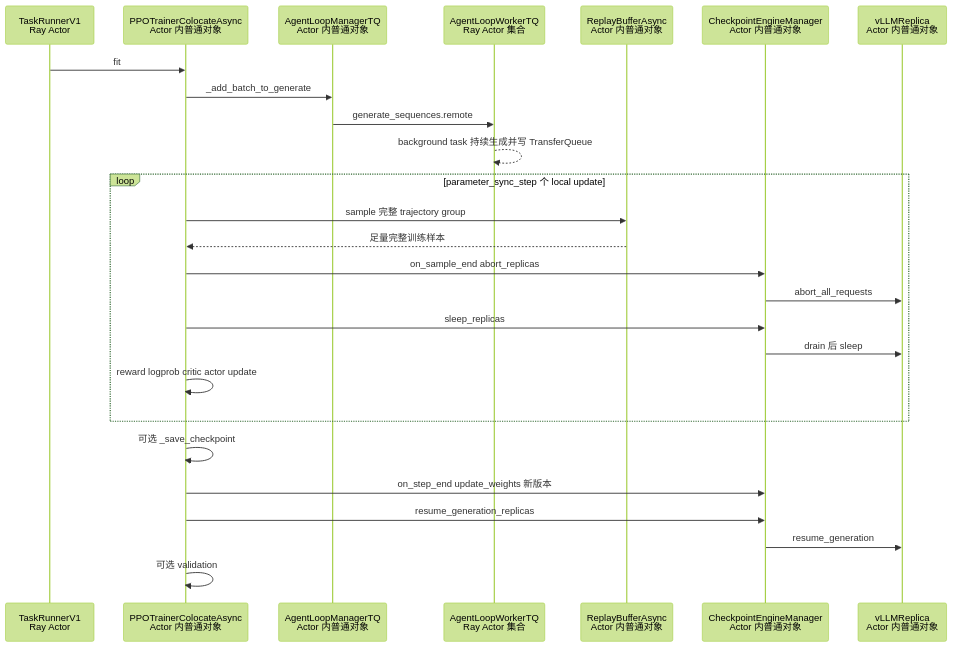
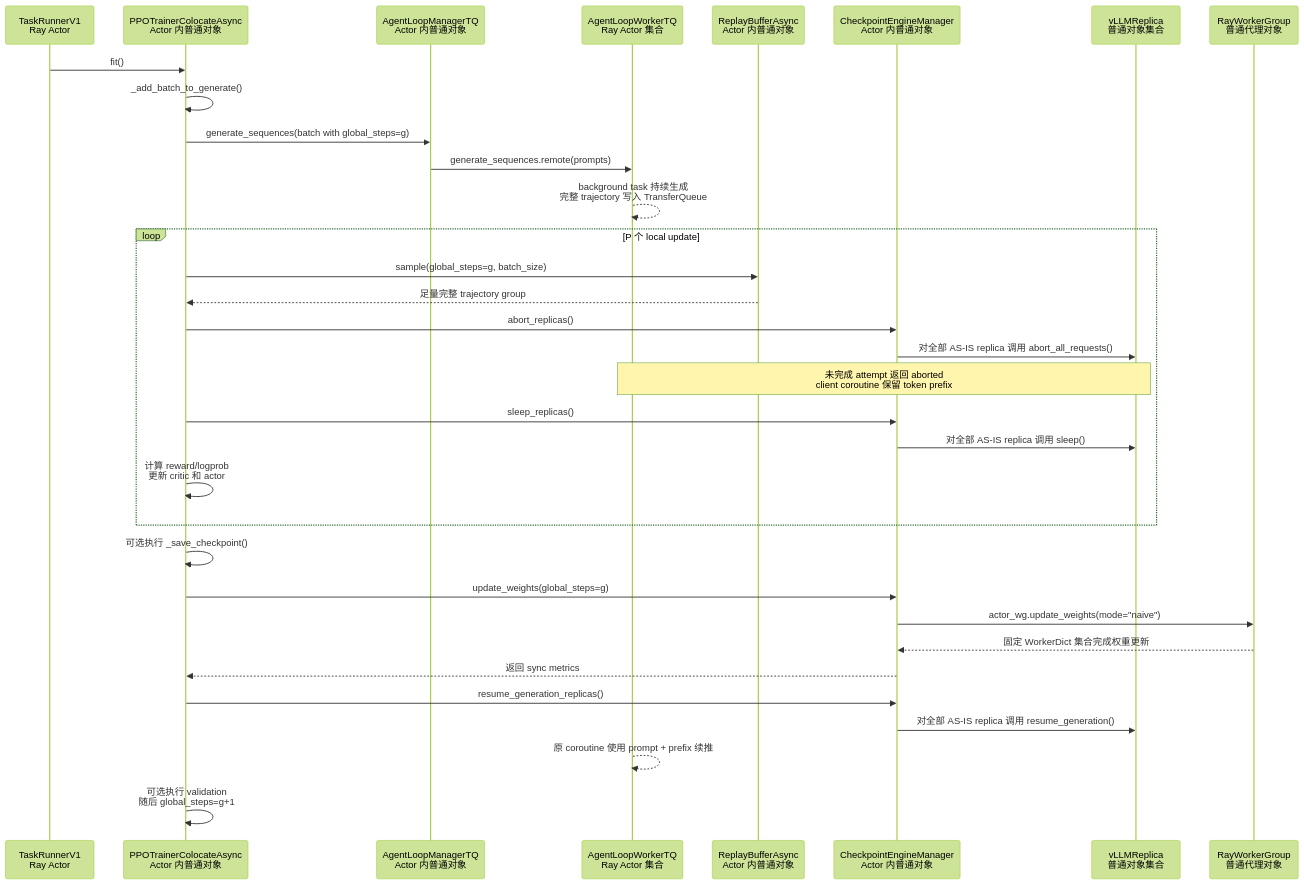
The seventh of 11 diagrams in multi_task_scheduler/references/17-verl-v0.9-dynamic-replica-scaling-timing-and-mutual-exclusion.md (niuypei/multi_task_verl), drawn with Mermaid (forest theme) before and after one commit. The commit also changed other lines of this file and 2 other files, not shown here.

Commit message:
docs: simplify standalone replica synchronization

````diff
--- a/multi_task_scheduler/references/17-verl-v0.9-dynamic-replica-scaling-timing-and-mutual-exclusion.md
+++ b/multi_task_scheduler/references/17-verl-v0.9-dynamic-replica-scaling-timing-and-mutual-exclusion.md
@@ -538,29 +951,36 @@
 ```mermaid
 sequenceDiagram
     participant TR as TaskRunnerV1<br/>Ray Actor
     participant PT as PPOTrainerColocateAsync<br/>Actor 内普通对象
     participant AM as AgentLoopManagerTQ<br/>Actor 内普通对象
     participant AW as AgentLoopWorkerTQ<br/>Ray Actor 集合
     participant RB as ReplayBufferAsync<br/>Actor 内普通对象
     participant CE as CheckpointEngineManager<br/>Actor 内普通对象
-    participant VR as vLLMReplica<br/>Actor 内普通对象
+    participant RR as vLLMReplica<br/>普通对象集合
+    participant WG as RayWorkerGroup<br/>普通代理对象
 
-    TR->>PT: fit
-    PT->>AM: _add_batch_to_generate
-    AM->>AW: generate_sequences.remote
-    AW-->>AW: background task 持续生成并写 TransferQueue
-    loop parameter_sync_step 个 local update
-        PT->>RB: sample 完整 trajectory group
-        RB-->>PT: 足量完整训练样本
-        PT->>CE: on_sample_end abort_replicas
-        CE->>VR: abort_all_requests
-        PT->>CE: sleep_replicas
-        CE->>VR: drain 后 sleep
-        PT->>PT: reward logprob critic actor update
+    TR->>PT: fit()
+    PT->>PT: _add_batch_to_generate()
+    PT->>AM: generate_sequences(batch with global_steps=g)
+    AM->>AW: generate_sequences.remote(prompts)
+    AW-->>AW: background task 持续生成<br/>完整 trajectory 写入 TransferQueue
+    loop P 个 local update
+        PT->>RB: sample(global_steps=g, batch_size)
+        RB-->>PT: 足量完整 trajectory group
+        PT->>CE: abort_replicas()
+        CE->>RR: 对全部 AS-IS replica 调用 abort_all_requests()
+        Note over AW,RR: 未完成 attempt 返回 aborted<br/>client coroutine 保留 token prefix
+        PT->>CE: sleep_replicas()
+        CE->>RR: 对全部 AS-IS replica 调用 sleep()
+        PT->>PT: 计算 reward/logprob<br/>更新 critic 和 actor
     end
-    PT->>PT: 可选 _save_checkpoint
-    PT->>CE: on_step_end update_weights 新版本
-    PT->>CE: resume_generation_replicas
-    CE->>VR: resume_generation
-    PT->>PT: 可选 validation
+    PT->>PT: 可选执行 _save_checkpoint()
+    PT->>CE: update_weights(global_steps=g)
+    CE->>WG: actor_wg.update_weights(mode="naive")
+    WG-->>CE: 固定 WorkerDict 集合完成权重更新
+    CE-->>PT: 返回 sync metrics
+    PT->>CE: resume_generation_replicas()
+    CE->>RR: 对全部 AS-IS replica 调用 resume_generation()
+    AW-->>AW: 原 coroutine 使用 prompt + prefix 续推
+    PT->>PT: 可选执行 validation<br/>随后 global_steps=g+1
 ```
````
